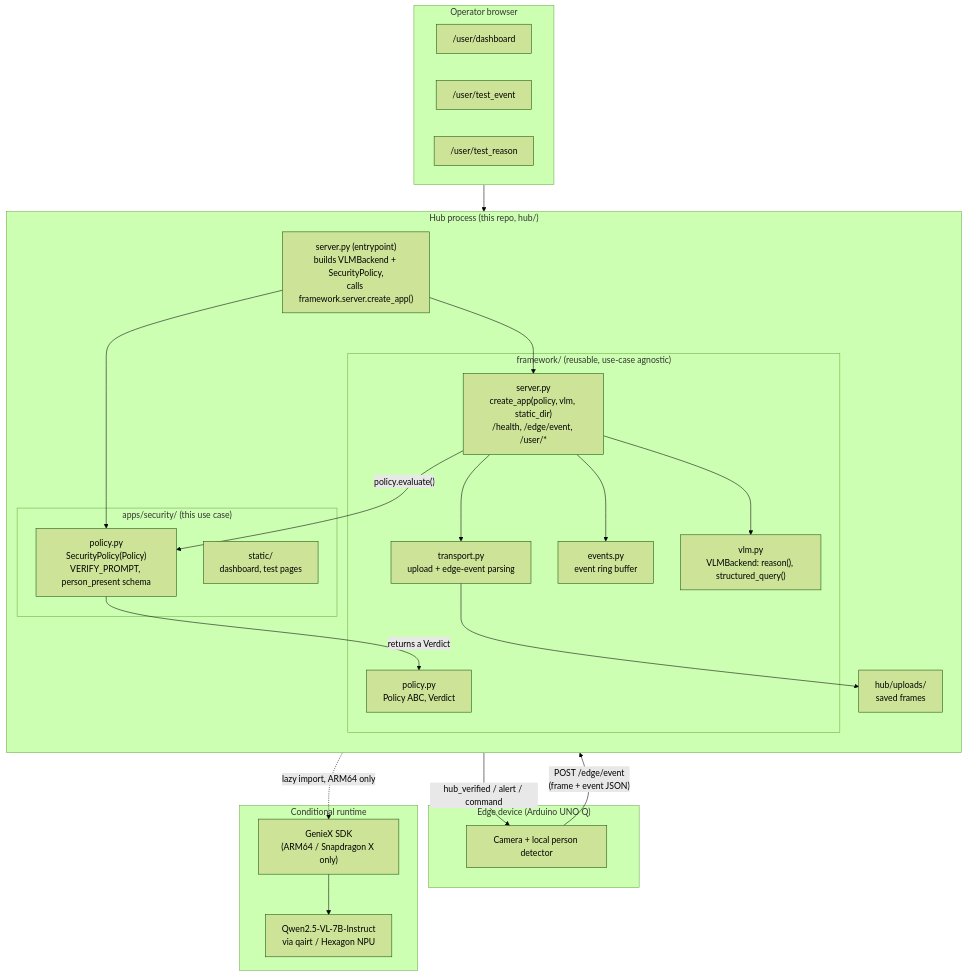
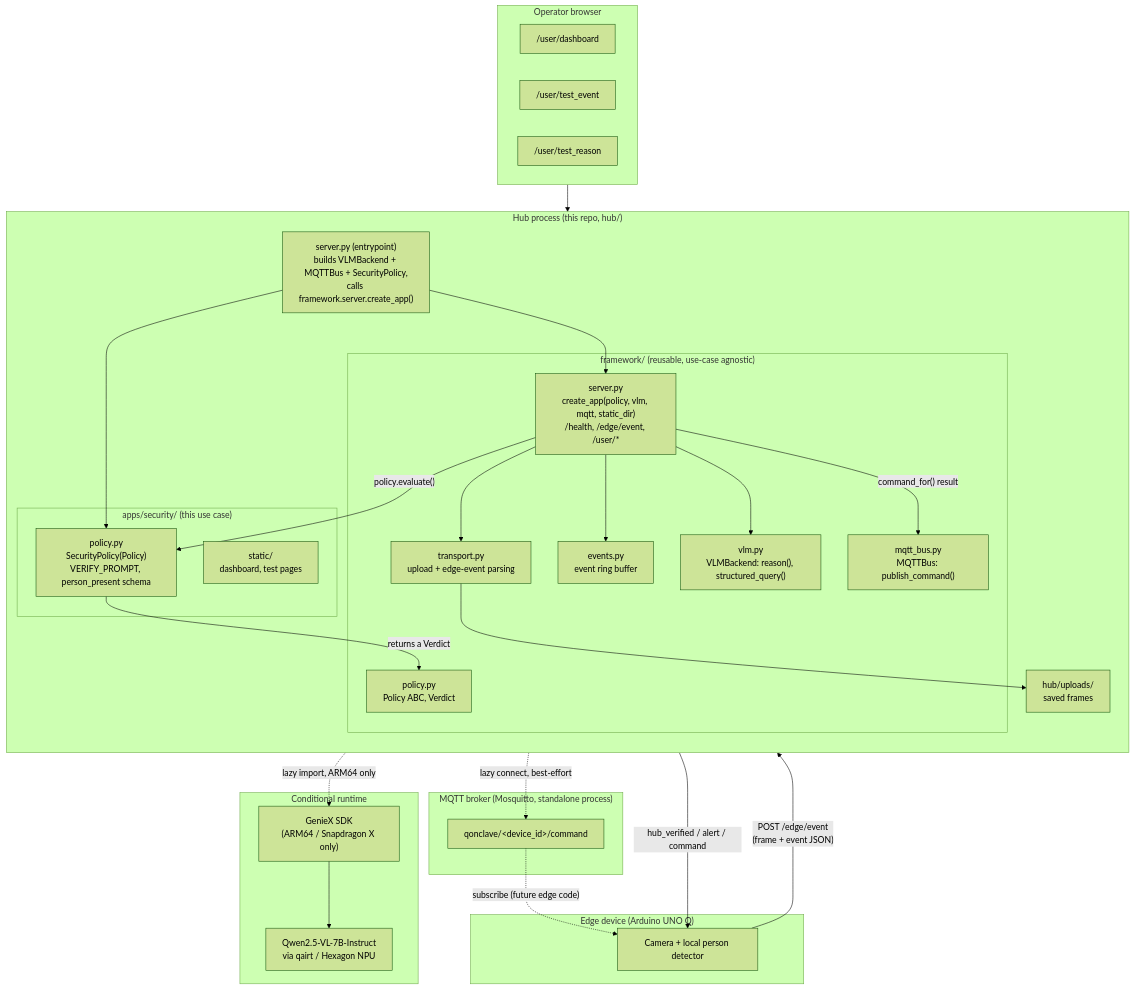
Before and after one commit to qonclave/qonclave: the first of 2 diagrams in hub/README.md, drawn with Mermaid (forest theme). The commit also changed other lines of this file and 6 other files, not shown here.

First line of the commit message:
Add MQTT broker for a hub->edge push channel

````diff
--- a/hub/README.md
+++ b/hub/README.md
@@ -13,52 +13,60 @@
 ```mermaid
 flowchart TB
     subgraph EdgeDevice["Edge device (Arduino UNO Q)"]
         CAM["Camera + local person detector"]
     end
 
     subgraph HubProcess["Hub process (this repo, hub/)"]
         direction TB
 
         subgraph FrameworkPkg["framework/ (reusable, use-case agnostic)"]
-            FSERVER["server.py\ncreate_app(policy, vlm, static_dir)\n/health, /edge/event, /user/*"]
+            FSERVER["server.py\ncreate_app(policy, vlm, mqtt, static_dir)\n/health, /edge/event, /user/*"]
             FTRANSPORT["transport.py\nupload + edge-event parsing"]
             FEVENTS["events.py\nevent ring buffer"]
             FVLM["vlm.py\nVLMBackend: reason(), structured_query()"]
+            FMQTT["mqtt_bus.py\nMQTTBus: publish_command()"]
             FPOLICY["policy.py\nPolicy ABC, Verdict"]
         end
 
         subgraph AppPkg["apps/security/ (this use case)"]
             APOLICY["policy.py\nSecurityPolicy(Policy)\nVERIFY_PROMPT, person_present schema"]
             ASTATIC["static/\ndashboard, test pages"]
         end
 
-        ENTRY["server.py (entrypoint)\nbuilds VLMBackend + SecurityPolicy,\ncalls framework.server.create_app()"]
+        ENTRY["server.py (entrypoint)\nbuilds VLMBackend + MQTTBus + SecurityPolicy,\ncalls framework.server.create_app()"]
         DISK["hub/uploads/\nsaved frames"]
 
         ENTRY --> FSERVER
         ENTRY --> APOLICY
         FSERVER --> FTRANSPORT
         FSERVER --> FEVENTS
         FSERVER --> FVLM
+        FSERVER -- "command_for() result" --> FMQTT
         FSERVER -- "policy.evaluate()" --> APOLICY
         APOLICY -- "returns a Verdict" --> FPOLICY
         FTRANSPORT --> DISK
     end
 
     subgraph Runtime["Conditional runtime"]
         GENIEX["GenieX SDK\n(ARM64 / Snapdragon X only)"]
         QWEN["Qwen2.5-VL-7B-Instruct\nvia qairt / Hexagon NPU"]
         GENIEX --> QWEN
     end
 
+    subgraph Broker["MQTT broker (Mosquitto, standalone process)"]
+        MOSQ["qonclave/&lt;device_id&gt;/command"]
+    end
+
     subgraph Browser["Operator browser"]
         DASH["/user/dashboard"]
         TEVENT["/user/test_event"]
         TREASON["/user/test_reason"]
     end
 
     CAM -- "POST /edge/event\n(frame + event JSON)" --> FSERVER
     FVLM -. "lazy import, ARM64 only" .-> GENIEX
+    FMQTT -. "lazy connect, best-effort" .-> MOSQ
+    MOSQ -. "subscribe (future edge code)" .-> CAM
     Browser --> FSERVER
     HubProcess -- "hub_verified / alert / command" --> CAM
 ```
````
